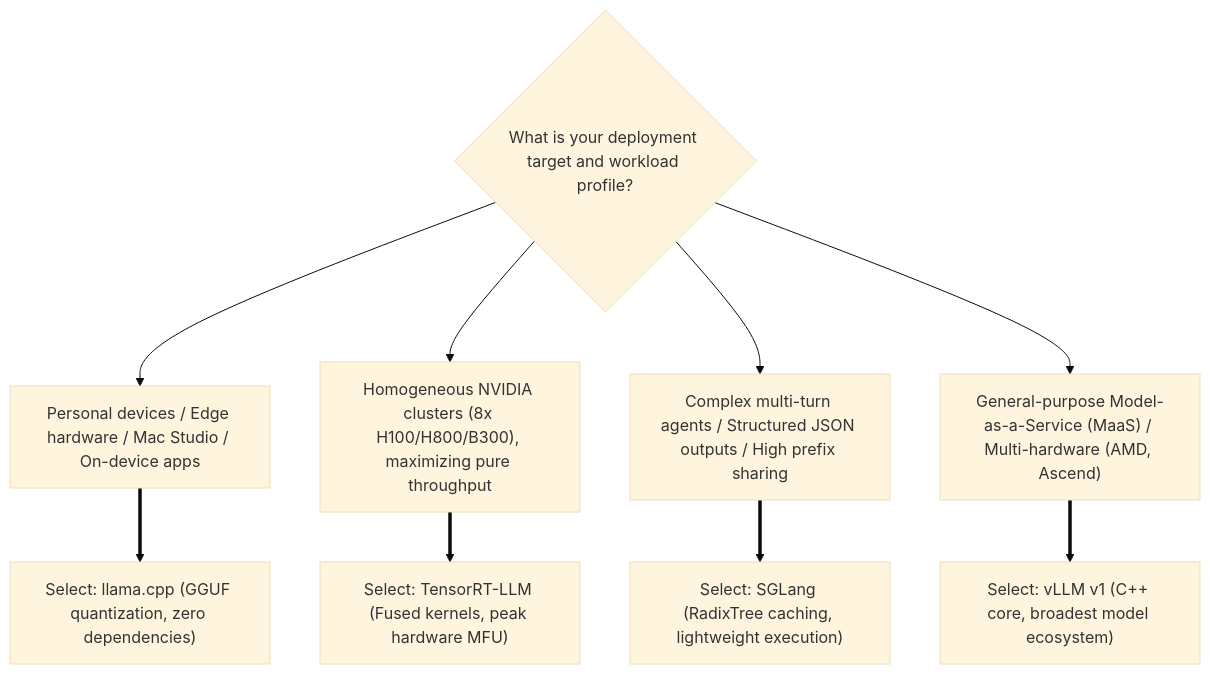
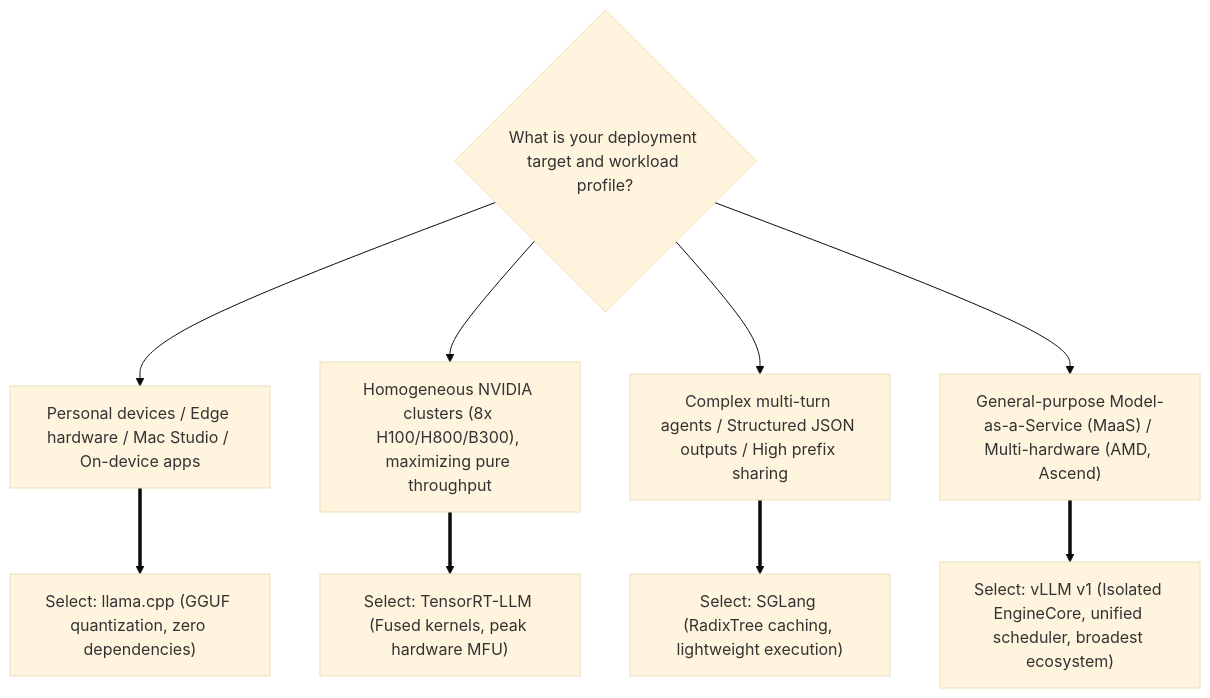
The second of 2 diagrams in content/en/articles/inference-engines-core-architecture-internals.en.md (ifnodoraemon/ifnodoraemon.github.io), drawn with Mermaid (base theme) before and after one commit. The commit also changed other lines of this file and 171 other files, not shown here.

````diff
--- a/content/en/articles/inference-engines-core-architecture-internals.en.md
+++ b/content/en/articles/inference-engines-core-architecture-internals.en.md
@@ -273,16 +315,16 @@
 ```mermaid
 flowchart TD
     START{"What is your deployment target and workload profile?"}
     
     START --> C1["Personal devices / Edge hardware / Mac Studio / On-device apps"]
     C1 ==> R_LLAMA["Select: llama.cpp (GGUF quantization, zero dependencies)"]
     
     START --> C2["Homogeneous NVIDIA clusters (8x H100/H800/B300), maximizing pure throughput"]
     C2 ==> R_TRT["Select: TensorRT-LLM (Fused kernels, peak hardware MFU)"]
     
     START --> C3["Complex multi-turn agents / Structured JSON outputs / High prefix sharing"]
     C3 ==> R_SGL["Select: SGLang (RadixTree caching, lightweight execution)"]
     
     START --> C4["General-purpose Model-as-a-Service (MaaS) / Multi-hardware (AMD, Ascend)"]
-    C4 ==> R_VLLM["Select: vLLM v1 (C++ core, broadest model ecosystem)"]
+    C4 ==> R_VLLM["Select: vLLM v1 (Isolated EngineCore, unified scheduler, broadest ecosystem)"]
 ```
````
